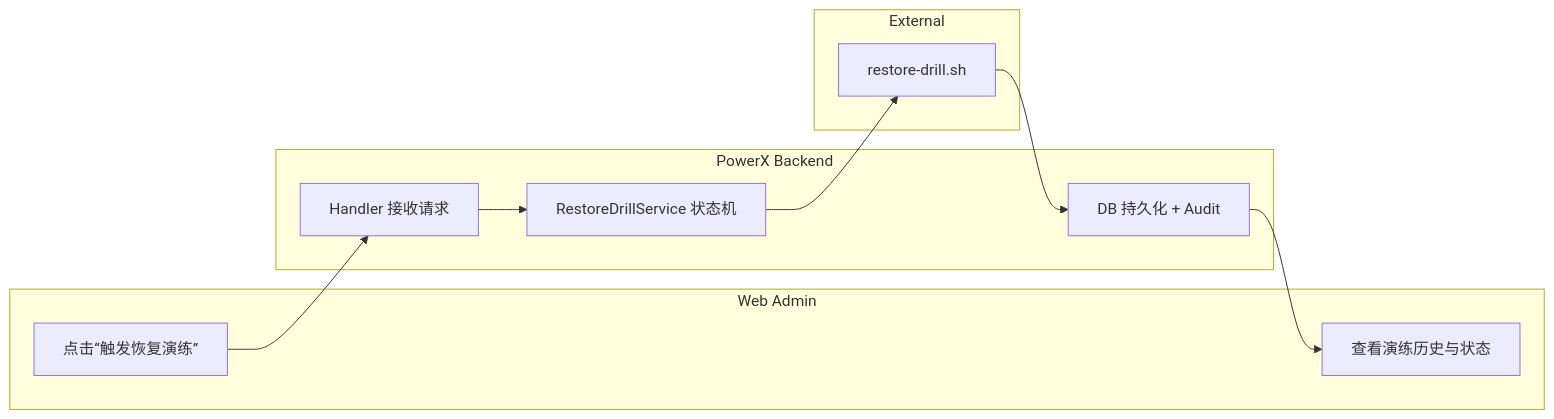
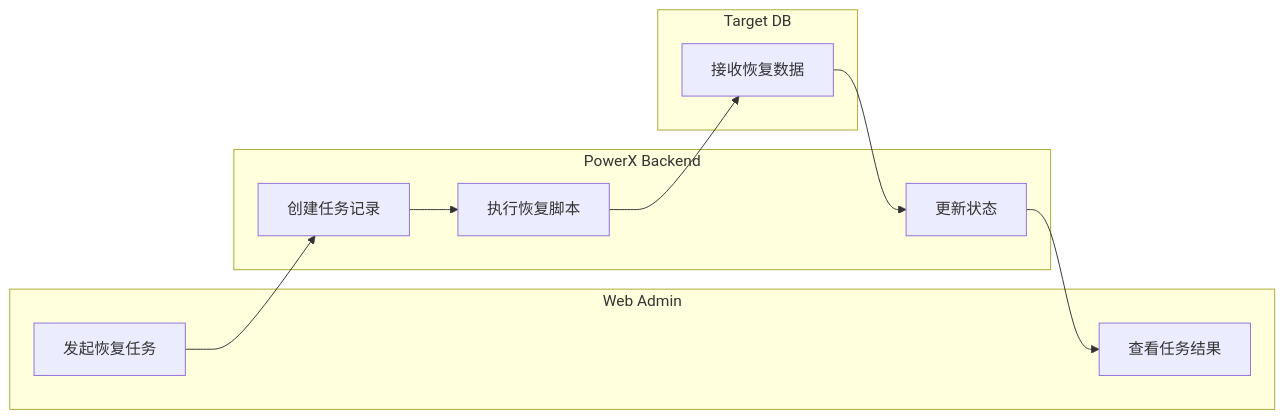
Before and after one commit to ArtisanCloud/PowerX: the third of 3 diagrams in docs/guides/deploy/027-monitor-center/usecase-us3-restore-drill.md, drawn with Mermaid. The commit also changed other lines of this file and 32 other files, not shown here.

````diff
--- a/docs/guides/deploy/027-monitor-center/usecase-us3-restore-drill.md
+++ b/docs/guides/deploy/027-monitor-center/usecase-us3-restore-drill.md
@@ -37,16 +45,16 @@
 ```mermaid
 flowchart LR
   subgraph L1[Web Admin]
-    U1[点击“触发恢复演练”]
-    U2[查看演练历史与状态]
+    U1[发起恢复任务]
+    U2[查看任务结果]
   end
   subgraph L2[PowerX Backend]
-    B1[Handler 接收请求]
-    B2[RestoreDrillService 状态机]
-    B3[DB 持久化 + Audit]
+    B1[创建任务记录]
+    B2[执行恢复脚本]
+    B3[更新状态]
   end
-  subgraph L3[External]
-    X1[restore-drill.sh]
+  subgraph L3[Target DB]
+    X1[接收恢复数据]
   end
   U1 --> B1 --> B2 --> X1 --> B3 --> U2
 ```
````
